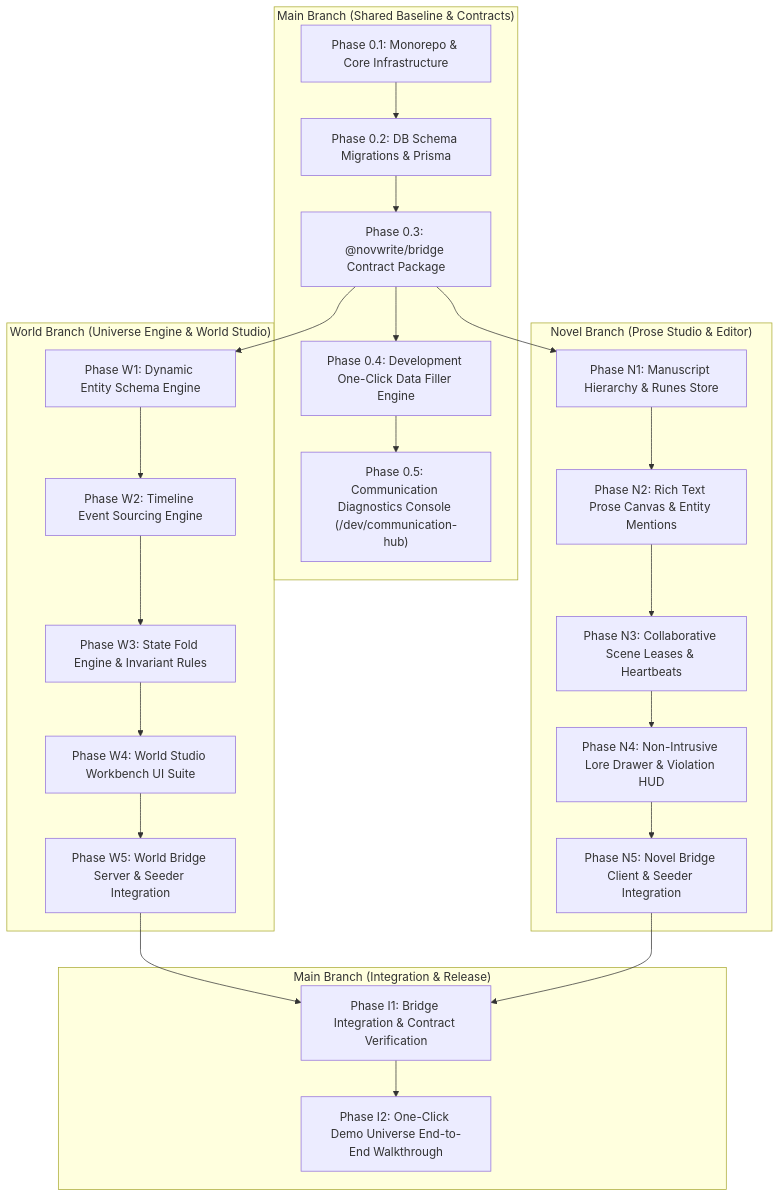
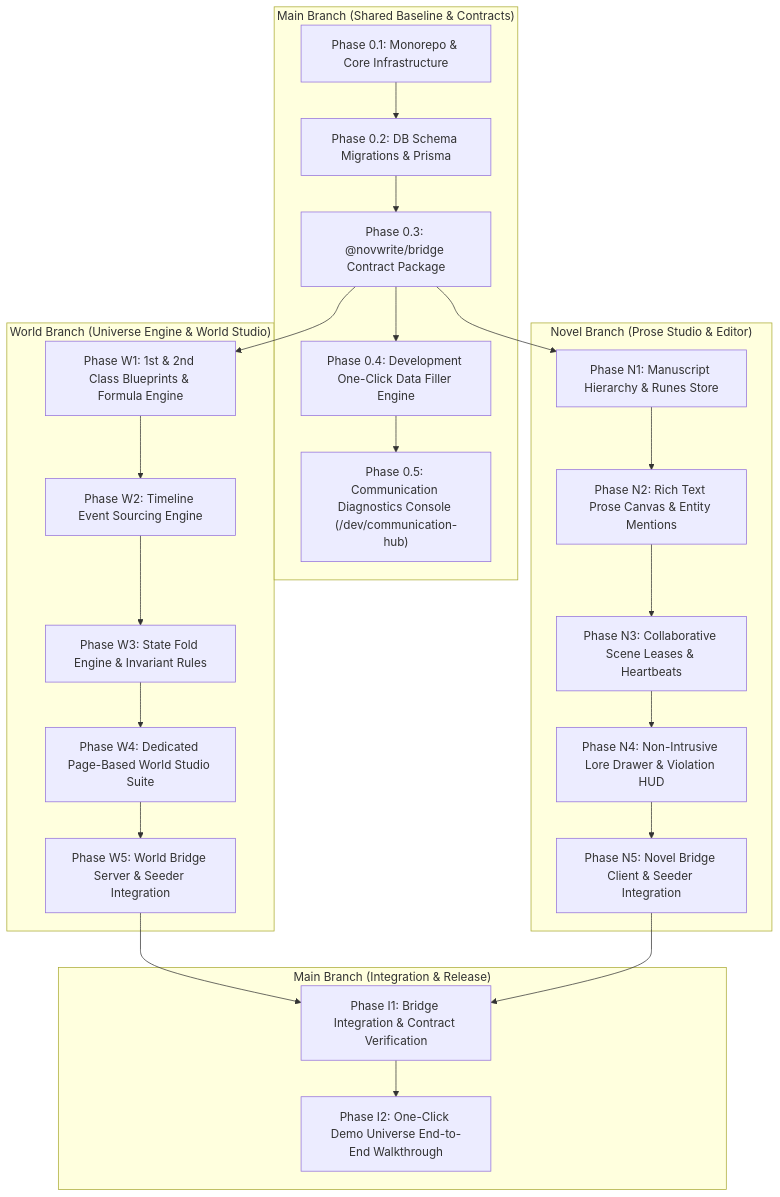
Before and after one commit to Yogesh-Kumar-Mallik-dev/NovWrite: the diagram in docs/MVP_PHASED_PLAN.md, drawn with Mermaid. The commit also changed other lines of this file and 9 other files, not shown here.

````diff
--- a/docs/MVP_PHASED_PLAN.md
+++ b/docs/MVP_PHASED_PLAN.md
@@ -7,38 +7,38 @@
 ```mermaid
 flowchart TB
     subgraph Foundation ["Main Branch (Shared Baseline & Contracts)"]
         F1["Phase 0.1: Monorepo & Core Infrastructure"]
         F2["Phase 0.2: DB Schema Migrations & Prisma"]
         F3["Phase 0.3: @novwrite/bridge Contract Package"]
         F4["Phase 0.4: Development One-Click Data Filler Engine"]
         F5["Phase 0.5: Communication Diagnostics Console (/dev/communication-hub)"]
     end
 
     subgraph WorldBranch ["World Branch (Universe Engine & World Studio)"]
-        W1["Phase W1: Dynamic Entity Schema Engine"]
+        W1["Phase W1: 1st & 2nd Class Blueprints & Formula Engine"]
         W2["Phase W2: Timeline Event Sourcing Engine"]
         W3["Phase W3: State Fold Engine & Invariant Rules"]
-        W4["Phase W4: World Studio Workbench UI Suite"]
+        W4["Phase W4: Dedicated Page-Based World Studio Suite"]
         W5["Phase W5: World Bridge Server & Seeder Integration"]
     end
 
     subgraph NovelBranch ["Novel Branch (Prose Studio & Editor)"]
         N1["Phase N1: Manuscript Hierarchy & Runes Store"]
         N2["Phase N2: Rich Text Prose Canvas & Entity Mentions"]
         N3["Phase N3: Collaborative Scene Leases & Heartbeats"]
         N4["Phase N4: Non-Intrusive Lore Drawer & Violation HUD"]
         N5["Phase N5: Novel Bridge Client & Seeder Integration"]
     end
 
     subgraph Integration ["Main Branch (Integration & Release)"]
         I1["Phase I1: Bridge Integration & Contract Verification"]
         I2["Phase I2: One-Click Demo Universe End-to-End Walkthrough"]
     end
 
     F1 --> F2 --> F3 --> F4 --> F5
     F3 --> W1 --> W2 --> W3 --> W4 --> W5
     F3 --> N1 --> N2 --> N3 --> N4 --> N5
     W5 --> I1
     N5 --> I1
     I1 --> I2
 ```
````
